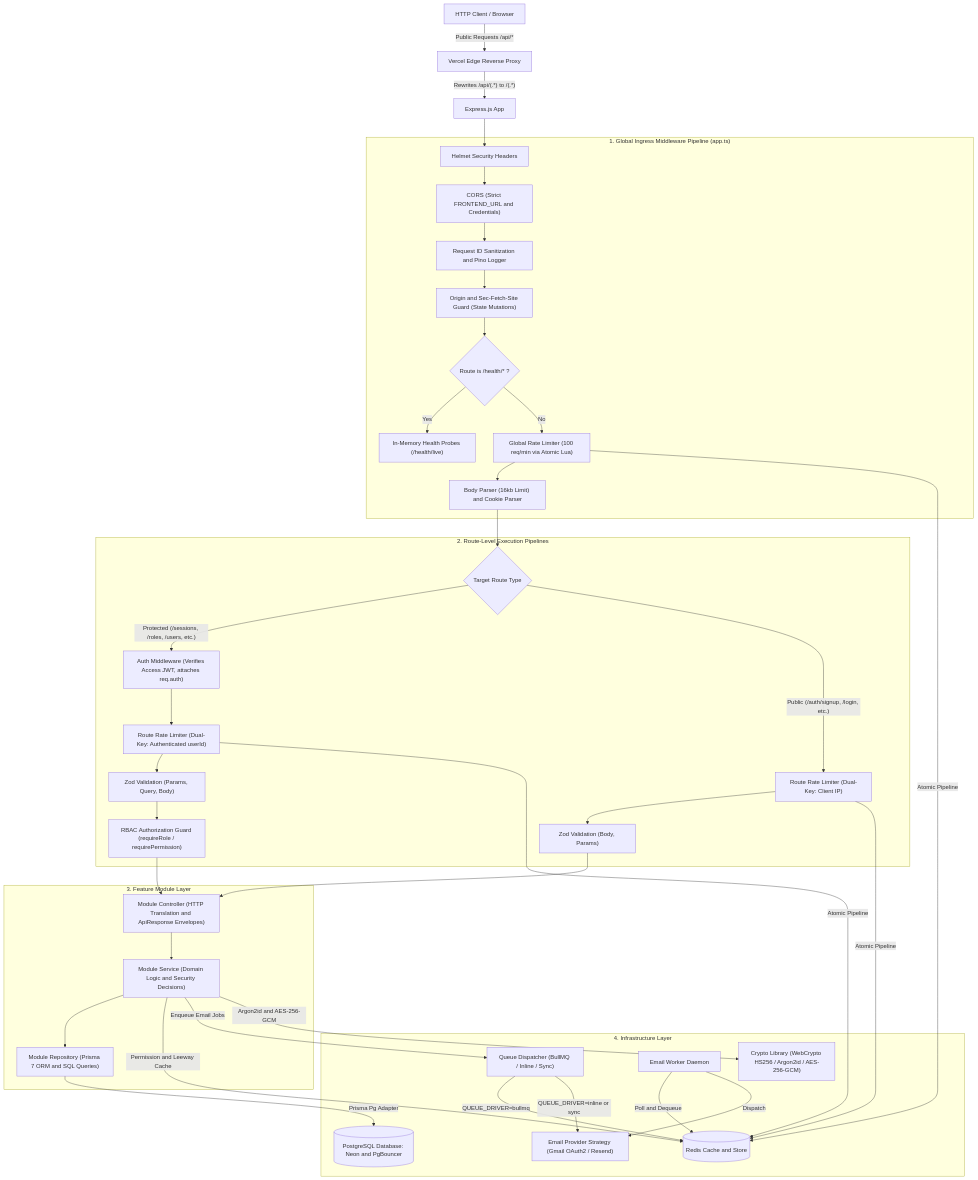
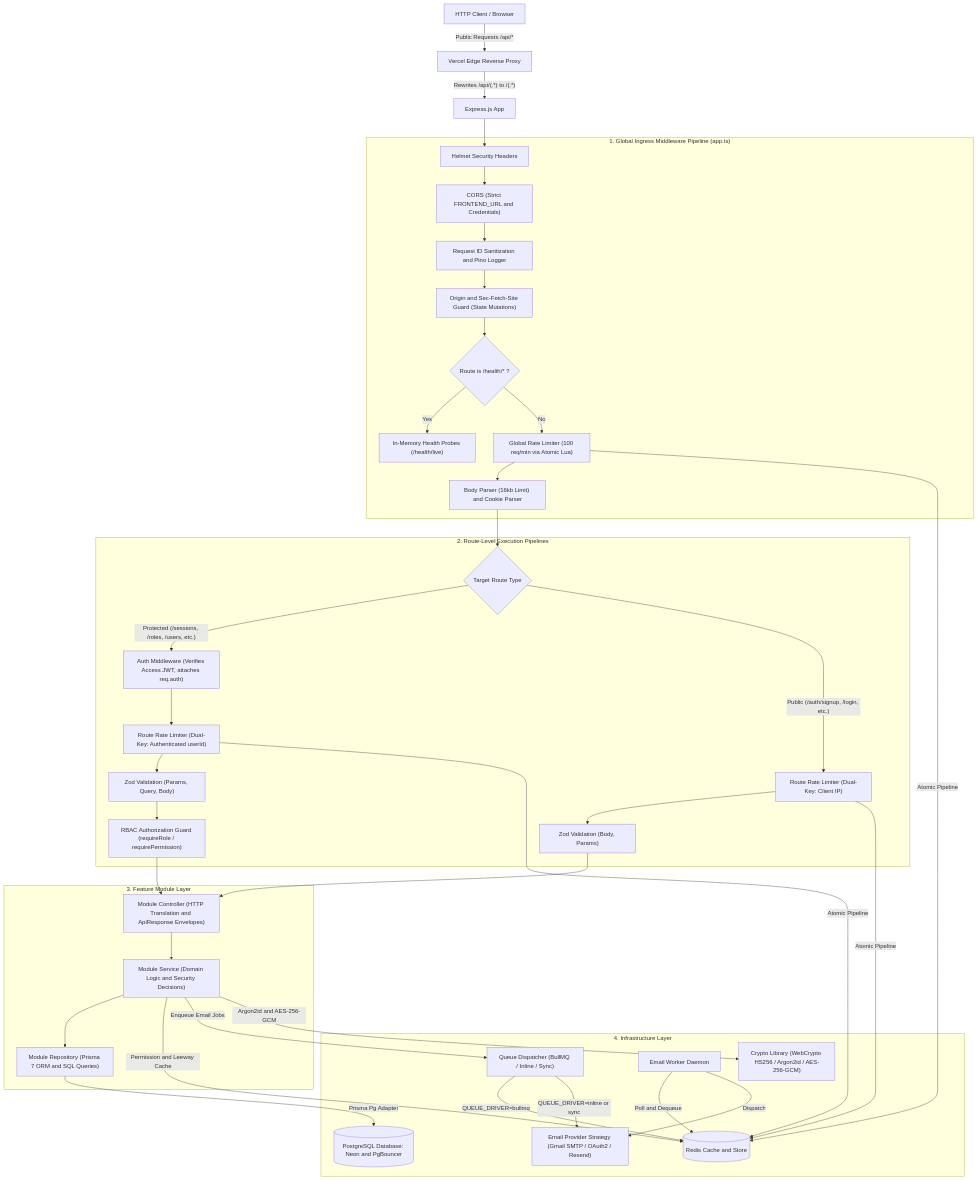
Before and after one commit to utkarshj014/authsphere: the first of 9 diagrams in docs/ARCHITECTURE.md, drawn with Mermaid. The commit also changed other lines of this file and 13 other files, not shown here.

````diff
--- a/docs/ARCHITECTURE.md
+++ b/docs/ARCHITECTURE.md
@@ -57,80 +57,80 @@
 ```mermaid
 flowchart TD
     Client["HTTP Client / Browser"] -->|"Public Requests /api/*"| Vercel["Vercel Edge Reverse Proxy"]
     Vercel -->|"Rewrites /api/(.*) to /(.*)"| Express["Express.js App"]
 
     subgraph GlobalPipeline ["1. Global Ingress Middleware Pipeline (app.ts)"]
         Helmet["Helmet Security Headers"]
         CORS["CORS (Strict FRONTEND_URL and Credentials)"]
         ReqID["Request ID Sanitization and Pino Logger"]
         OriginGuard["Origin and Sec-Fetch-Site Guard (State Mutations)"]
         HealthBypass{"Route is /health/* ?"}
         HealthHandler["In-Memory Health Probes (/health/live)"]
         GlobalRL["Global Rate Limiter (100 req/min via Atomic Lua)"]
         BodyParser["Body Parser (16kb Limit) and Cookie Parser"]
 
         Helmet --> CORS
         CORS --> ReqID
         ReqID --> OriginGuard
         OriginGuard --> HealthBypass
         HealthBypass -->|"Yes"| HealthHandler
         HealthBypass -->|"No"| GlobalRL
         GlobalRL --> BodyParser
     end
 
     subgraph RoutePipelines ["2. Route-Level Execution Pipelines"]
         Router{"Target Route Type"}
 
         AuthGuard["Auth Middleware (Verifies Access JWT, attaches req.auth)"]
         UserRL["Route Rate Limiter (Dual-Key: Authenticated userId)"]
         ZodValProtected["Zod Validation (Params, Query, Body)"]
         RBACGuard["RBAC Authorization Guard (requireRole / requirePermission)"]
 
         IPRL["Route Rate Limiter (Dual-Key: Client IP)"]
         ZodValPublic["Zod Validation (Body, Params)"]
 
         Router -->|"Protected (/sessions, /roles, /users, etc.)"| AuthGuard
         AuthGuard --> UserRL
         UserRL --> ZodValProtected
         ZodValProtected --> RBACGuard
 
         Router -->|"Public (/auth/signup, /login, etc.)"| IPRL
         IPRL --> ZodValPublic
     end
 
     subgraph FeatureLayer ["3. Feature Module Layer"]
         Controller["Module Controller (HTTP Translation and ApiResponse Envelopes)"]
         Service["Module Service (Domain Logic and Security Decisions)"]
         Repository["Module Repository (Prisma 7 ORM and SQL Queries)"]
 
         Controller --> Service
         Service --> Repository
     end
 
     subgraph InfraLayer ["4. Infrastructure Layer"]
         Redis[("Redis Cache and Store")]
         QueueSystem["Queue Dispatcher (BullMQ / Inline / Sync)"]
         Worker["Email Worker Daemon"]
-        EmailGateway["Email Provider Strategy (Gmail OAuth2 / Resend)"]
+        EmailGateway["Email Provider Strategy (Gmail SMTP / OAuth2 / Resend)"]
         CryptoLib["Crypto Library (WebCrypto HS256 / Argon2id / AES-256-GCM)"]
         Postgres[("PostgreSQL Database: Neon and PgBouncer")]
 
         QueueSystem -->|"QUEUE_DRIVER=bullmq"| Redis
         Worker -->|"Poll and Dequeue"| Redis
         Worker -->|"Dispatch"| EmailGateway
         QueueSystem -->|"QUEUE_DRIVER=inline or sync"| EmailGateway
     end
 
     Express --> Helmet
     BodyParser --> Router
     RBACGuard --> Controller
     ZodValPublic --> Controller
 
     GlobalRL -->|"Atomic Pipeline"| Redis
     UserRL -->|"Atomic Pipeline"| Redis
     IPRL -->|"Atomic Pipeline"| Redis
     Service -->|"Permission and Leeway Cache"| Redis
     Service -->|"Enqueue Email Jobs"| QueueSystem
     Service -->|"Argon2id and AES-256-GCM"| CryptoLib
     Repository -->|"Prisma Pg Adapter"| Postgres
 ```
````
